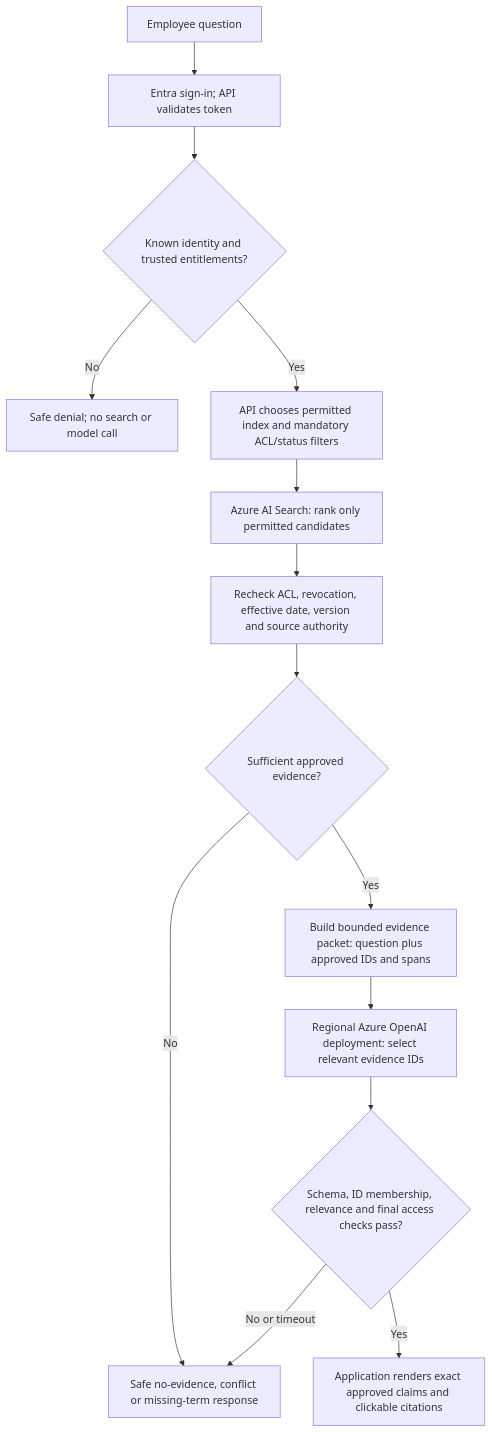
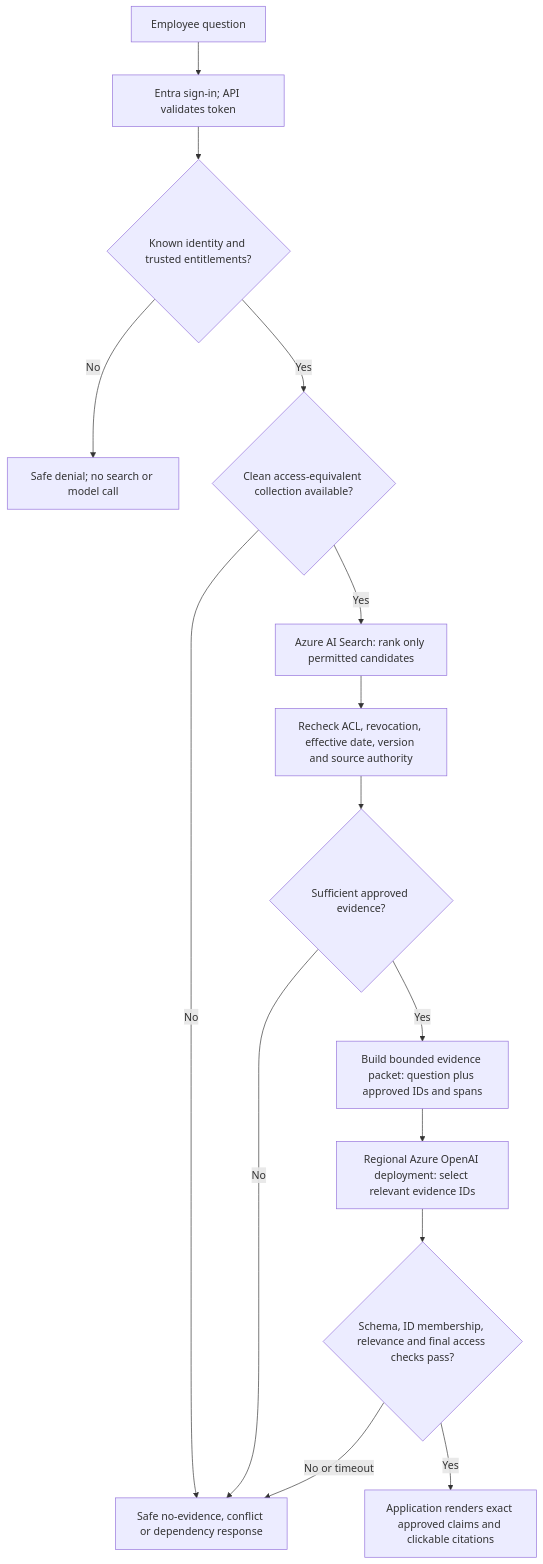
Before and after one commit to mohanadbarakattt/apexone-knowledge-assistant: the diagram in docs/azure-model-integration.md, drawn with Mermaid. The commit also changed other lines of this file and 5 other files, not shown here.

````diff
--- a/docs/azure-model-integration.md
+++ b/docs/azure-model-integration.md
@@ -18,16 +19,17 @@
 ```mermaid
 flowchart TD
   U[Employee question] --> I[Entra sign-in; API validates token]
   I --> A{Known identity and trusted entitlements?}
   A -->|No| D[Safe denial; no search or model call]
-  A -->|Yes| F[API chooses permitted index and mandatory ACL/status filters]
-  F --> S[Azure AI Search: rank only permitted candidates]
+  A -->|Yes| F{Clean access-equivalent collection available?}
+  F -->|No| N[Safe no-evidence, conflict or dependency response]
+  F -->|Yes| S[Azure AI Search: rank only permitted candidates]
   S --> R[Recheck ACL, revocation, effective date, version and source authority]
   R --> E{Sufficient approved evidence?}
-  E -->|No| N[Safe no-evidence, conflict or missing-term response]
+  E -->|No| N
   E -->|Yes| P[Build bounded evidence packet: question plus approved IDs and spans]
   P --> M[Regional Azure OpenAI deployment: select relevant evidence IDs]
   M --> V{Schema, ID membership, relevance and final access checks pass?}
   V -->|No or timeout| N
   V -->|Yes| O[Application renders exact approved claims and clickable citations]
 ```
````
